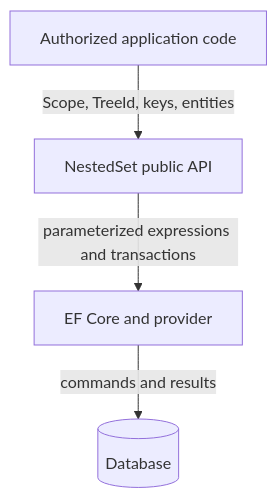
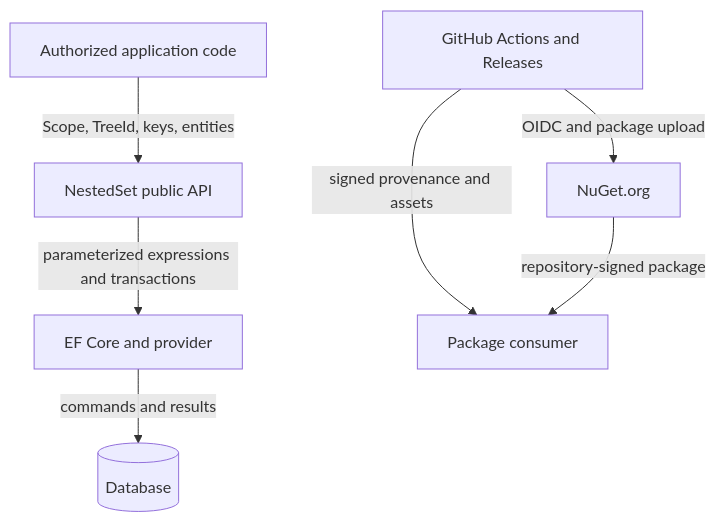
One commit to doka-labs/Doka.EntityFrameworkCore.NestedSet changed the diagram in docs/security/security-design.md. Above: the diagram before and after it, drawn with Mermaid. The commit also changed other lines of this file and 47 other files, not shown here.

````diff
--- a/docs/security/security-design.md
+++ b/docs/security/security-design.md
@@ -32,11 +36,17 @@
 ```mermaid
 flowchart TB
     Caller[Authorized application code]
     API[NestedSet public API]
     EF[EF Core and provider]
     DB[(Database)]
+    GH[GitHub Actions and Releases]
+    NuGet[NuGet.org]
+    Consumer[Package consumer]
 
     Caller -->|Scope, TreeId, keys, entities| API
     API -->|parameterized expressions and transactions| EF
     EF -->|commands and results| DB
+    GH -->|OIDC and package upload| NuGet
+    GH -->|signed provenance and assets| Consumer
+    NuGet -->|repository-signed package| Consumer
 ```
````
